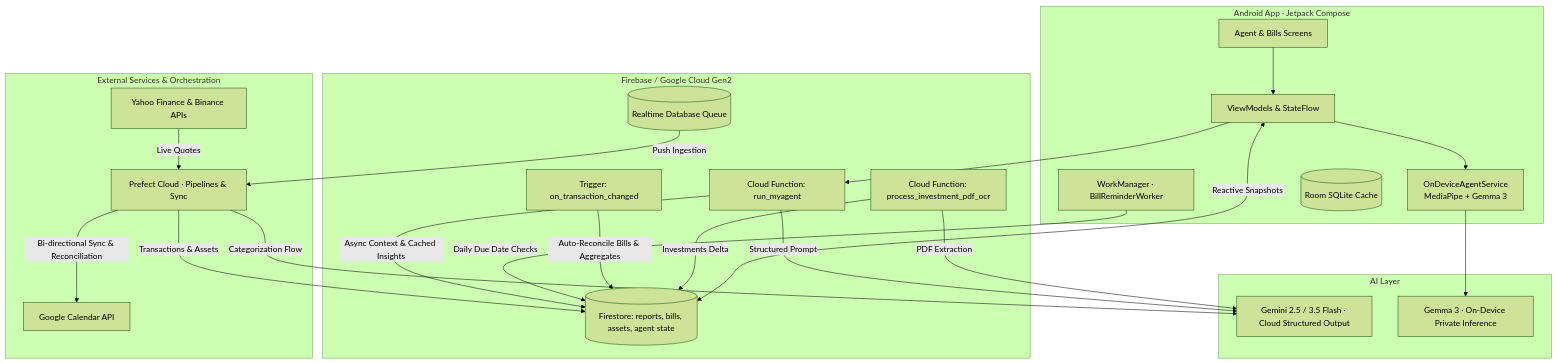
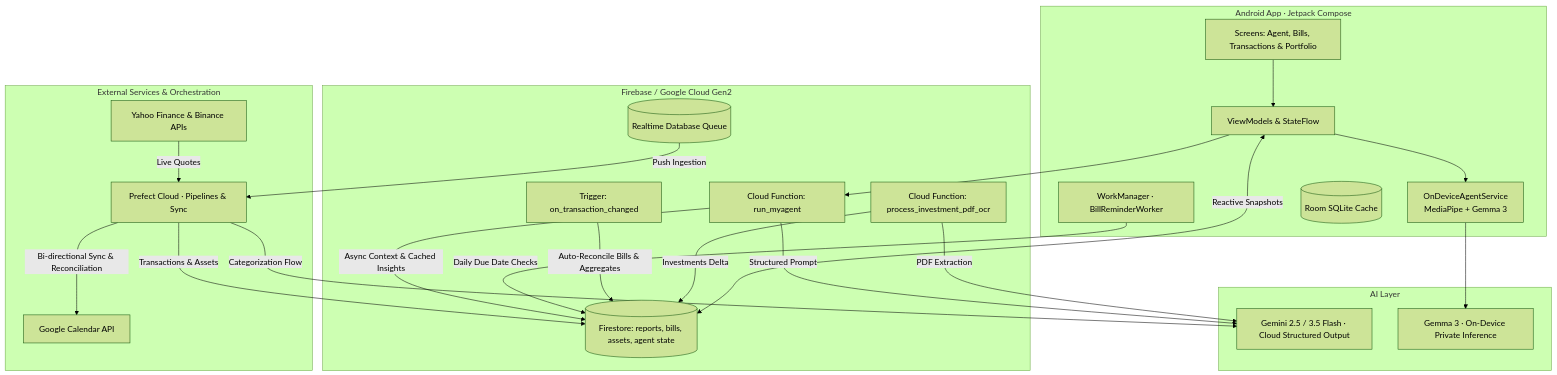
The diagram in README.md (rogerioc/fortuna-ai-case-study), drawn with Mermaid (forest theme) before and after one commit. The commit also changed other lines of this file and 1 other file, not shown here.

Commit message:
docs: expand case study with comprehensive UI/UX screens and user journey documentation

````diff
--- a/README.md
+++ b/README.md
@@ -31,46 +31,46 @@
 ```mermaid
 graph TD
     subgraph Mobile [Android App · Jetpack Compose]
-        UI[Agent & Bills Screens]
+        UI[Screens: Agent, Bills, Transactions & Portfolio]
         VM[ViewModels & StateFlow]
         WM[WorkManager · BillReminderWorker]
         OD[OnDeviceAgentService<br/>MediaPipe + Gemma 3]
         ROOM[(Room SQLite Cache)]
     end
 
     subgraph Cloud [Firebase / Google Cloud Gen2]
         CF_AGENT[Cloud Function: run_myagent]
         CF_RECON[Trigger: on_transaction_changed]
         CF_OCR[Cloud Function: process_investment_pdf_ocr]
         FS[(Firestore: reports, bills, assets, agent state)]
         RTD[(Realtime Database Queue)]
     end
 
     subgraph LLMs [AI Layer]
         GEMINI[Gemini 2.5 / 3.5 Flash · Cloud Structured Output]
         GEMMA[Gemma 3 · On-Device Private Inference]
     end
 
     subgraph External [External Services & Orchestration]
         GCAL[Google Calendar API]
         PREFECT[Prefect Cloud · Pipelines & Sync]
         MARKET[Yahoo Finance & Binance APIs]
     end
 
     UI --> VM
     VM --> OD --> GEMMA
     VM --> CF_AGENT -->|Structured Prompt| GEMINI
     CF_AGENT -->|Async Context & Cached Insights| FS
     WM -->|Daily Due Date Checks| FS
 
     RTD -->|Push Ingestion| PREFECT
     PREFECT -->|Categorization Flow| GEMINI
     PREFECT -->|Bi-directional Sync & Reconciliation| GCAL
     PREFECT -->|Transactions & Assets| FS
     MARKET -->|Live Quotes| PREFECT
 
     CF_RECON -->|Auto-Reconcile Bills & Aggregates| FS
     CF_OCR -->|PDF Extraction| GEMINI
     CF_OCR -->|Investments Delta| FS
     VM <-->|Reactive Snapshots| FS
 ```
````
